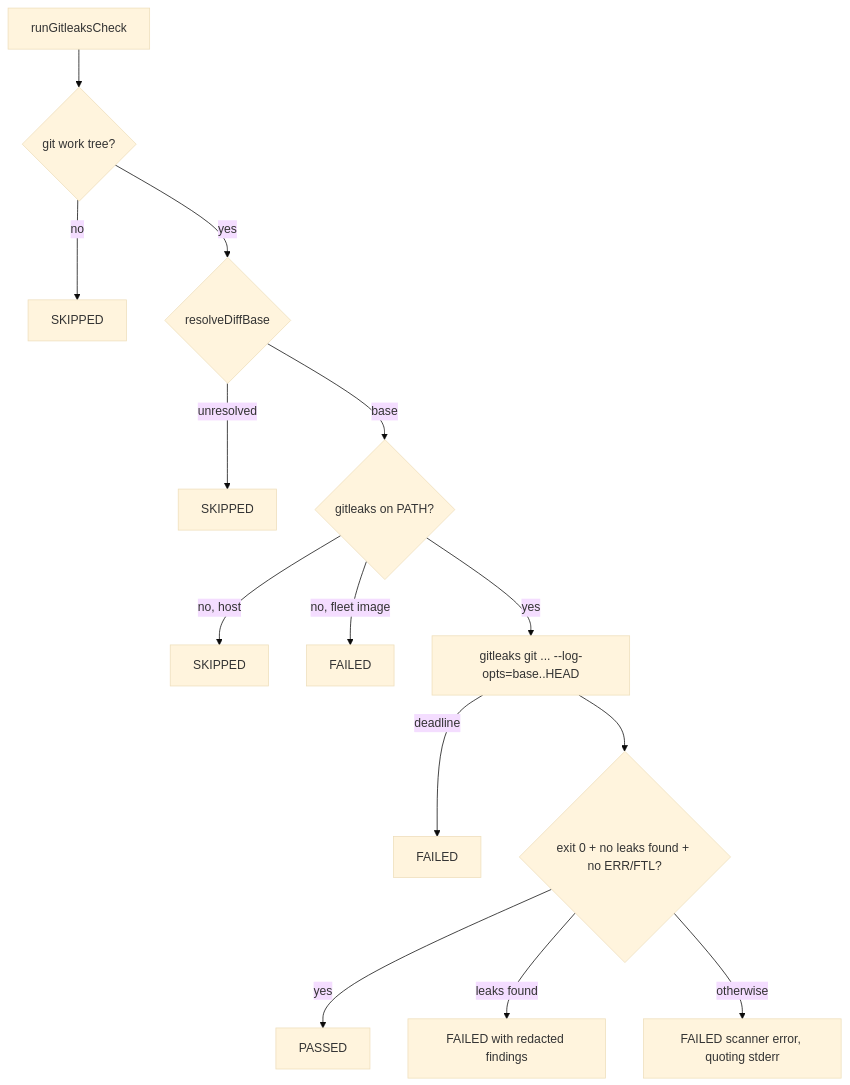
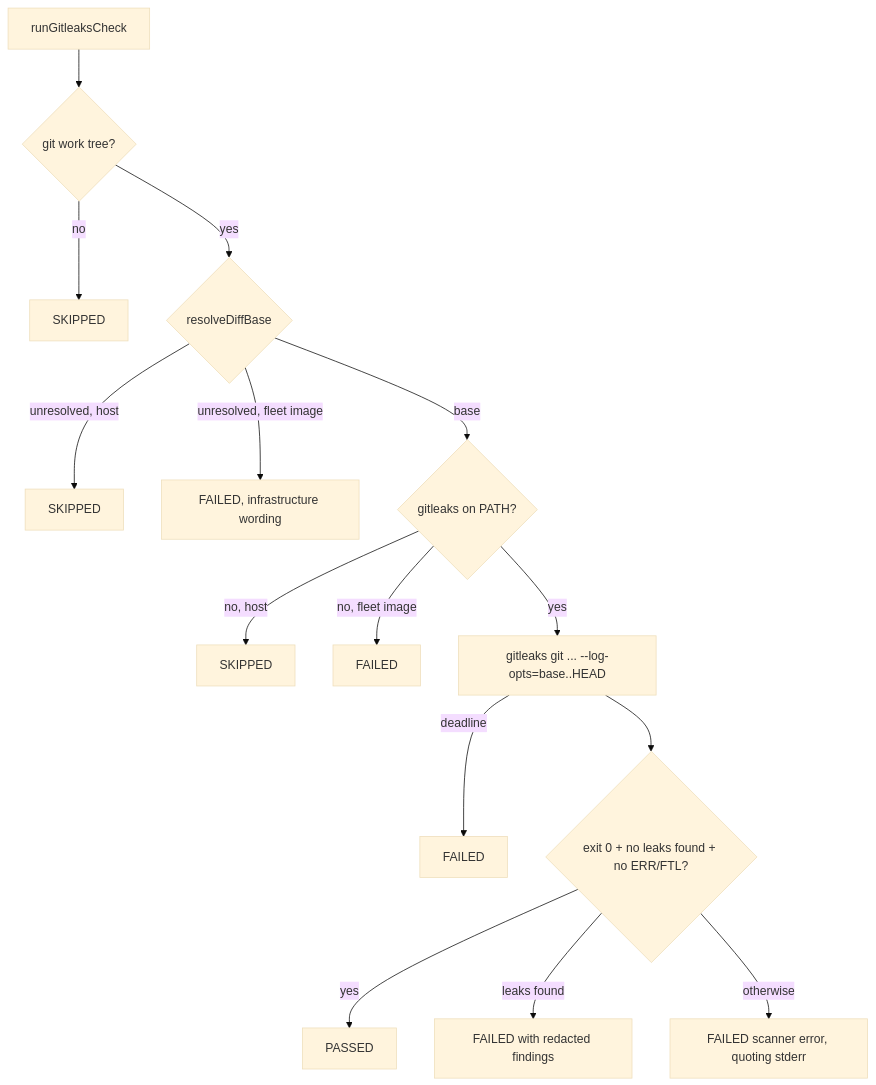
Before and after one commit to stSoftwareAU/VibeCoder: the diagram in docs/archive/pr-summaries/pr-summary-5121.md, drawn with Mermaid (base theme). The commit also changed other lines of this file and 7 other files, not shown here.

````diff
--- a/docs/archive/pr-summaries/pr-summary-5121.md
+++ b/docs/archive/pr-summaries/pr-summary-5121.md
@@ -77,16 +121,17 @@
 ```mermaid
 flowchart TD
     A[runGitleaksCheck] --> B{git work tree?}
     B -- no --> S1[SKIPPED]
     B -- yes --> C{resolveDiffBase}
-    C -- unresolved --> S2[SKIPPED]
+    C -- unresolved, host --> S2[SKIPPED]
+    C -- unresolved, fleet image --> F0[FAILED, infrastructure wording]
     C -- base --> D{gitleaks on PATH?}
     D -- no, host --> S3[SKIPPED]
     D -- no, fleet image --> F1[FAILED]
     D -- yes --> E[gitleaks git ... --log-opts=base..HEAD]
     E -- deadline --> F2[FAILED]
     E --> J{exit 0 + no leaks found + no ERR/FTL?}
     J -- yes --> P[PASSED]
     J -- leaks found --> F3[FAILED with redacted findings]
     J -- otherwise --> F4[FAILED scanner error, quoting stderr]
 ```
````
